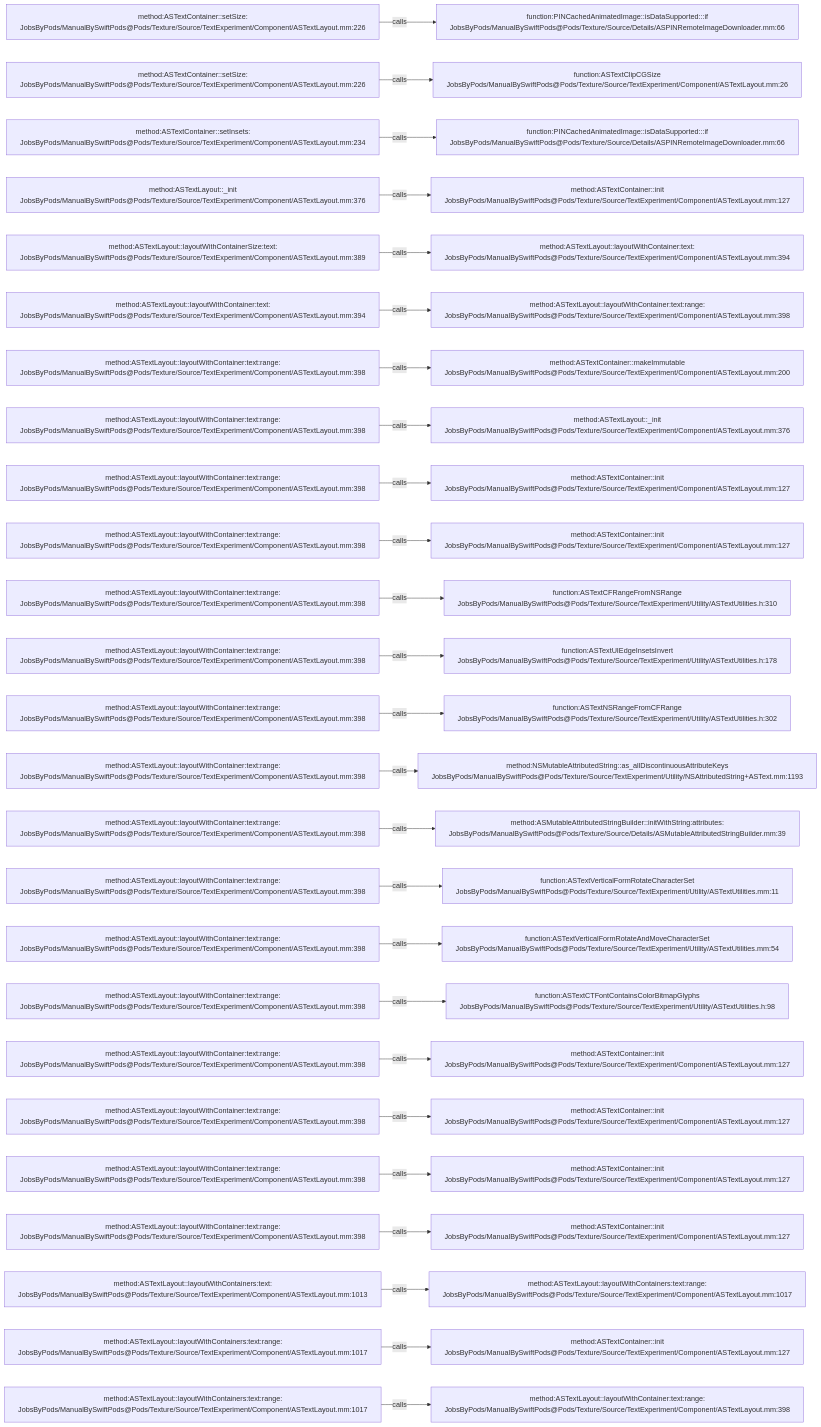
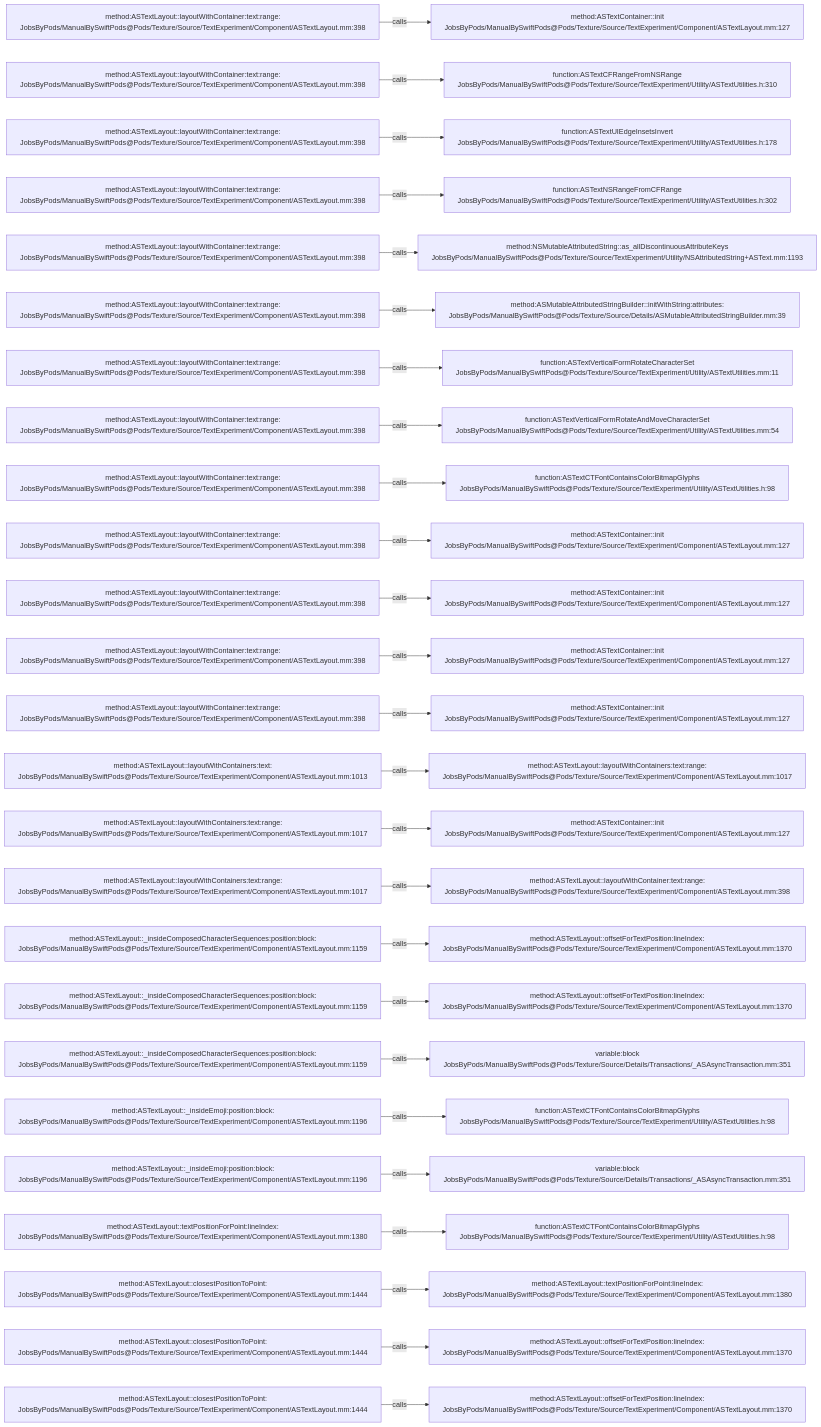
The diagram in .codegraph/codegraph.md/graphs/calls-132.md (JobsKits/JobsSwiftBaseConfigDemo), drawn with Mermaid before and after one commit. The commit also changed 707 other files, not shown here.

````diff
--- a/.codegraph/codegraph.md/graphs/calls-132.md
+++ b/.codegraph/codegraph.md/graphs/calls-132.md
@@ -13,78 +13,78 @@
 ```mermaid
 flowchart LR
-  S1["method:ASTextContainer::setSize:<br/>JobsByPods/ManualBySwiftPods@Pods/Texture/Source/TextExperiment/Component/ASTextLayout.mm:226"]
-  T1["function:PINCachedAnimatedImage::isDataSupported:::if<br/>JobsByPods/ManualBySwiftPods@Pods/Texture/Source/Details/ASPINRemoteImageDownloader.mm:66"]
+  S1["method:ASTextLayout::layoutWithContainer:text:range:<br/>JobsByPods/ManualBySwiftPods@Pods/Texture/Source/TextExperiment/Component/ASTextLayout.mm:398"]
+  T1["method:ASTextContainer::init<br/>JobsByPods/ManualBySwiftPods@Pods/Texture/Source/TextExperiment/Component/ASTextLayout.mm:127"]
   S1 -->|calls| T1
-  S2["method:ASTextContainer::setSize:<br/>JobsByPods/ManualBySwiftPods@Pods/Texture/Source/TextExperiment/Component/ASTextLayout.mm:226"]
-  T2["function:ASTextClipCGSize<br/>JobsByPods/ManualBySwiftPods@Pods/Texture/Source/TextExperiment/Component/ASTextLayout.mm:26"]
+  S2["method:ASTextLayout::layoutWithContainer:text:range:<br/>JobsByPods/ManualBySwiftPods@Pods/Texture/Source/TextExperiment/Component/ASTextLayout.mm:398"]
+  T2["function:ASTextCFRangeFromNSRange<br/>JobsByPods/ManualBySwiftPods@Pods/Texture/Source/TextExperiment/Utility/ASTextUtilities.h:310"]
   S2 -->|calls| T2
-  S3["method:ASTextContainer::setInsets:<br/>JobsByPods/ManualBySwiftPods@Pods/Texture/Source/TextExperiment/Component/ASTextLayout.mm:234"]
-  T3["function:PINCachedAnimatedImage::isDataSupported:::if<br/>JobsByPods/ManualBySwiftPods@Pods/Texture/Source/Details/ASPINRemoteImageDownloader.mm:66"]
+  S3["method:ASTextLayout::layoutWithContainer:text:range:<br/>JobsByPods/ManualBySwiftPods@Pods/Texture/Source/TextExperiment/Component/ASTextLayout.mm:398"]
+  T3["function:ASTextUIEdgeInsetsInvert<br/>JobsByPods/ManualBySwiftPods@Pods/Texture/Source/TextExperiment/Utility/ASTextUtilities.h:178"]
   S3 -->|calls| T3
-  S4["method:ASTextLayout::_init<br/>JobsByPods/ManualBySwiftPods@Pods/Texture/Source/TextExperiment/Component/ASTextLayout.mm:376"]
-  T4["method:ASTextContainer::init<br/>JobsByPods/ManualBySwiftPods@Pods/Texture/Source/TextExperiment/Component/ASTextLayout.mm:127"]
+  S4["method:ASTextLayout::layoutWithContainer:text:range:<br/>JobsByPods/ManualBySwiftPods@Pods/Texture/Source/TextExperiment/Component/ASTextLayout.mm:398"]
+  T4["function:ASTextNSRangeFromCFRange<br/>JobsByPods/ManualBySwiftPods@Pods/Texture/Source/TextExperiment/Utility/ASTextUtilities.h:302"]
   S4 -->|calls| T4
-  S5["method:ASTextLayout::layoutWithContainerSize:text:<br/>JobsByPods/ManualBySwiftPods@Pods/Texture/Source/TextExperiment/Component/ASTextLayout.mm:389"]
-  T5["method:ASTextLayout::layoutWithContainer:text:<br/>JobsByPods/ManualBySwiftPods@Pods/Texture/Source/TextExperiment/Component/ASTextLayout.mm:394"]
+  S5["method:ASTextLayout::layoutWithContainer:text:range:<br/>JobsByPods/ManualBySwiftPods@Pods/Texture/Source/TextExperiment/Component/ASTextLayout.mm:398"]
+  T5["method:NSMutableAttributedString::as_allDiscontinuousAttributeKeys<br/>JobsByPods/ManualBySwiftPods@Pods/Texture/Source/TextExperiment/Utility/NSAttributedString+ASText.mm:1193"]
   S5 -->|calls| T5
-  S6["method:ASTextLayout::layoutWithContainer:text:<br/>JobsByPods/ManualBySwiftPods@Pods/Texture/Source/TextExperiment/Component/ASTextLayout.mm:394"]
-  T6["method:ASTextLayout::layoutWithContainer:text:range:<br/>JobsByPods/ManualBySwiftPods@Pods/Texture/Source/TextExperiment/Component/ASTextLayout.mm:398"]
+  S6["method:ASTextLayout::layoutWithContainer:text:range:<br/>JobsByPods/ManualBySwiftPods@Pods/Texture/Source/TextExperiment/Component/ASTextLayout.mm:398"]
+  T6["method:ASMutableAttributedStringBuilder::initWithString:attributes:<br/>JobsByPods/ManualBySwiftPods@Pods/Texture/Source/Details/ASMutableAttributedStringBuilder.mm:39"]
   S6 -->|calls| T6
   S7["method:ASTextLayout::layoutWithContainer:text:range:<br/>JobsByPods/ManualBySwiftPods@Pods/Texture/Source/TextExperiment/Component/ASTextLayout.mm:398"]
-  T7["method:ASTextContainer::makeImmutable<br/>JobsByPods/ManualBySwiftPods@Pods/Texture/Source/TextExperiment/Component/ASTextLayout.mm:200"]
+  T7["function:ASTextVerticalFormRotateCharacterSet<br/>JobsByPods/ManualBySwiftPods@Pods/Texture/Source/TextExperiment/Utility/ASTextUtilities.mm:11"]
   S7 -->|calls| T7
   S8["method:ASTextLayout::layoutWithContainer:text:range:<br/>JobsByPods/ManualBySwiftPods@Pods/Texture/Source/TextExperiment/Component/ASTextLayout.mm:398"]
-  T8["method:ASTextLayout::_init<br/>JobsByPods/ManualBySwiftPods@Pods/Texture/Source/TextExperiment/Component/ASTextLayout.mm:376"]
+  T8["function:ASTextVerticalFormRotateAndMoveCharacterSet<br/>JobsByPods/ManualBySwiftPods@Pods/Texture/Source/TextExperiment/Utility/ASTextUtilities.mm:54"]
   S8 -->|calls| T8
   S9["method:ASTextLayout::layoutWithContainer:text:range:<br/>JobsByPods/ManualBySwiftPods@Pods/Texture/Source/TextExperiment/Component/ASTextLayout.mm:398"]
-  T9["method:ASTextContainer::init<br/>JobsByPods/ManualBySwiftPods@Pods/Texture/Source/TextExperiment/Component/ASTextLayout.mm:127"]
+  T9["function:ASTextCTFontContainsColorBitmapGlyphs<br/>JobsByPods/ManualBySwiftPods@Pods/Texture/Source/TextExperiment/Utility/ASTextUtilities.h:98"]
   S9 -->|calls| T9
   S10["method:ASTextLayout::layoutWithContainer:text:range:<br/>JobsByPods/ManualBySwiftPods@Pods/Texture/Source/TextExperiment/Component/ASTextLayout.mm:398"]
   T10["method:ASTextContainer::init<br/>JobsByPods/ManualBySwiftPods@Pods/Texture/Source/TextExperiment/Component/ASTextLayout.mm:127"]
   S10 -->|calls| T10
   S11["method:ASTextLayout::layoutWithContainer:text:range:<br/>JobsByPods/ManualBySwiftPods@Pods/Texture/Source/TextExperiment/Component/ASTextLayout.mm:398"]
-  T11["function:ASTextCFRangeFromNSRange<br/>JobsByPods/ManualBySwiftPods@Pods/Texture/Source/TextExperiment/Utility/ASTextUtilities.h:310"]
+  T11["method:ASTextContainer::init<br/>JobsByPods/ManualBySwiftPods@Pods/Texture/Source/TextExperiment/Component/ASTextLayout.mm:127"]
   S11 -->|calls| T11
   S12["method:ASTextLayout::layoutWithContainer:text:range:<br/>JobsByPods/ManualBySwiftPods@Pods/Texture/Source/TextExperiment/Component/ASTextLayout.mm:398"]
-  T12["function:ASTextUIEdgeInsetsInvert<br/>JobsByPods/ManualBySwiftPods@Pods/Texture/Source/TextExperiment/Utility/ASTextUtilities.h:178"]
+  T12["method:ASTextContainer::init<br/>JobsByPods/ManualBySwiftPods@Pods/Texture/Source/TextExperiment/Component/ASTextLayout.mm:127"]
   S12 -->|calls| T12
   S13["method:ASTextLayout::layoutWithContainer:text:range:<br/>JobsByPods/ManualBySwiftPods@Pods/Texture/Source/TextExperiment/Component/ASTextLayout.mm:398"]
-  T13["function:ASTextNSRangeFromCFRange<br/>JobsByPods/ManualBySwiftPods@Pods/Texture/Source/TextExperiment/Utility/ASTextUtilities.h:302"]
+  T13["method:ASTextContainer::init<br/>JobsByPods/ManualBySwiftPods@Pods/Texture/Source/TextExperiment/Component/ASTextLayout.mm:127"]
   S13 -->|calls| T13
-  S14["method:ASTextLayout::layoutWithContainer:text:range:<br/>JobsByPods/ManualBySwiftPods@Pods/Texture/Source/TextExperiment/Component/ASTextLayout.mm:398"]
-  T14["method:NSMutableAttributedString::as_allDiscontinuousAttributeKeys<br/>JobsByPods/ManualBySwiftPods@Pods/Texture/Source/TextExperiment/Utility/NSAttributedString+ASText.mm:1193"]
+  S14["method:ASTextLayout::layoutWithContainers:text:<br/>JobsByPods/ManualBySwiftPods@Pods/Texture/Source/TextExperiment/Component/ASTextLayout.mm:1013"]
+  T14["method:ASTextLayout::layoutWithContainers:text:range:<br/>JobsByPods/ManualBySwiftPods@Pods/Texture/Source/TextExperiment/Component/ASTextLayout.mm:1017"]
   S14 -->|calls| T14
-  S15["method:ASTextLayout::layoutWithContainer:text:range:<br/>JobsByPods/ManualBySwiftPods@Pods/Texture/Source/TextExperiment/Component/ASTextLayout.mm:398"]
-  T15["method:ASMutableAttributedStringBuilder::initWithString:attributes:<br/>JobsByPods/ManualBySwiftPods@Pods/Texture/Source/Details/ASMutableAttributedStringBuilder.mm:39"]
+  S15["method:ASTextLayout::layoutWithContainers:text:range:<br/>JobsByPods/ManualBySwiftPods@Pods/Texture/Source/TextExperiment/Component/ASTextLayout.mm:1017"]
+  T15["method:ASTextContainer::init<br/>JobsByPods/ManualBySwiftPods@Pods/Texture/Source/TextExperiment/Component/ASTextLayout.mm:127"]
   S15 -->|calls| T15
-  S16["method:ASTextLayout::layoutWithContainer:text:range:<br/>JobsByPods/ManualBySwiftPods@Pods/Texture/Source/TextExperiment/Component/ASTextLayout.mm:398"]
-  T16["function:ASTextVerticalFormRotateCharacterSet<br/>JobsByPods/ManualBySwiftPods@Pods/Texture/Source/TextExperiment/Utility/ASTextUtilities.mm:11"]
+  S16["method:ASTextLayout::layoutWithContainers:text:range:<br/>JobsByPods/ManualBySwiftPods@Pods/Texture/Source/TextExperiment/Component/ASTextLayout.mm:1017"]
+  T16["method:ASTextLayout::layoutWithContainer:text:range:<br/>JobsByPods/ManualBySwiftPods@Pods/Texture/Source/TextExperiment/Component/ASTextLayout.mm:398"]
   S16 -->|calls| T16
-  S17["method:ASTextLayout::layoutWithContainer:text:range:<br/>JobsByPods/ManualBySwiftPods@Pods/Texture/Source/TextExperiment/Component/ASTextLayout.mm:398"]
-  T17["function:ASTextVerticalFormRotateAndMoveCharacterSet<br/>JobsByPods/ManualBySwiftPods@Pods/Texture/Source/TextExperiment/Utility/ASTextUtilities.mm:54"]
+  S17["method:ASTextLayout::_insideComposedCharacterSequences:position:block:<br/>JobsByPods/ManualBySwiftPods@Pods/Texture/Source/TextExperiment/Component/ASTextLayout.mm:1159"]
+  T17["method:ASTextLayout::offsetForTextPosition:lineIndex:<br/>JobsByPods/ManualBySwiftPods@Pods/Texture/Source/TextExperiment/Component/ASTextLayout.mm:1370"]
   S17 -->|calls| T17
-  S18["method:ASTextLayout::layoutWithContainer:text:range:<br/>JobsByPods/ManualBySwiftPods@Pods/Texture/Source/TextExperiment/Component/ASTextLayout.mm:398"]
-  T18["function:ASTextCTFontContainsColorBitmapGlyphs<br/>JobsByPods/ManualBySwiftPods@Pods/Texture/Source/TextExperiment/Utility/ASTextUtilities.h:98"]
+  S18["method:ASTextLayout::_insideComposedCharacterSequences:position:block:<br/>JobsByPods/ManualBySwiftPods@Pods/Texture/Source/TextExperiment/Component/ASTextLayout.mm:1159"]
+  T18["method:ASTextLayout::offsetForTextPosition:lineIndex:<br/>JobsByPods/ManualBySwiftPods@Pods/Texture/Source/TextExperiment/Component/ASTextLayout.mm:1370"]
   S18 -->|calls| T18
-  S19["method:ASTextLayout::layoutWithContainer:text:range:<br/>JobsByPods/ManualBySwiftPods@Pods/Texture/Source/TextExperiment/Component/ASTextLayout.mm:398"]
-  T19["method:ASTextContainer::init<br/>JobsByPods/ManualBySwiftPods@Pods/Texture/Source/TextExperiment/Component/ASTextLayout.mm:127"]
+  S19["method:ASTextLayout::_insideComposedCharacterSequences:position:block:<br/>JobsByPods/ManualBySwiftPods@Pods/Texture/Source/TextExperiment/Component/ASTextLayout.mm:1159"]
+  T19["variable:block<br/>JobsByPods/ManualBySwiftPods@Pods/Texture/Source/Details/Transactions/_ASAsyncTransaction.mm:351"]
   S19 -->|calls| T19
-  S20["method:ASTextLayout::layoutWithContainer:text:range:<br/>JobsByPods/ManualBySwiftPods@Pods/Texture/Source/TextExperiment/Component/ASTextLayout.mm:398"]
-  T20["method:ASTextContainer::init<br/>JobsByPods/ManualBySwiftPods@Pods/Texture/Source/TextExperiment/Component/ASTextLayout.mm:127"]
+  S20["method:ASTextLayout::_insideEmoji:position:block:<br/>JobsByPods/ManualBySwiftPods@Pods/Texture/Source/TextExperiment/Component/ASTextLayout.mm:1196"]
+  T20["function:ASTextCTFontContainsColorBitmapGlyphs<br/>JobsByPods/ManualBySwiftPods@Pods/Texture/Source/TextExperiment/Utility/ASTextUtilities.h:98"]
   S20 -->|calls| T20
-  S21["method:ASTextLayout::layoutWithContainer:text:range:<br/>JobsByPods/ManualBySwiftPods@Pods/Texture/Source/TextExperiment/Component/ASTextLayout.mm:398"]
-  T21["method:ASTextContainer::init<br/>JobsByPods/ManualBySwiftPods@Pods/Texture/Source/TextExperiment/Component/ASTextLayout.mm:127"]
+  S21["method:ASTextLayout::_insideEmoji:position:block:<br/>JobsByPods/ManualBySwiftPods@Pods/Texture/Source/TextExperiment/Component/ASTextLayout.mm:1196"]
+  T21["variable:block<br/>JobsByPods/ManualBySwiftPods@Pods/Texture/Source/Details/Transactions/_ASAsyncTransaction.mm:351"]
   S21 -->|calls| T21
-  S22["method:ASTextLayout::layoutWithContainer:text:range:<br/>JobsByPods/ManualBySwiftPods@Pods/Texture/Source/TextExperiment/Component/ASTextLayout.mm:398"]
-  T22["method:ASTextContainer::init<br/>JobsByPods/ManualBySwiftPods@Pods/Texture/Source/TextExperiment/Component/ASTextLayout.mm:127"]
+  S22["method:ASTextLayout::textPositionForPoint:lineIndex:<br/>JobsByPods/ManualBySwiftPods@Pods/Texture/Source/TextExperiment/Component/ASTextLayout.mm:1380"]
+  T22["function:ASTextCTFontContainsColorBitmapGlyphs<br/>JobsByPods/ManualBySwiftPods@Pods/Texture/Source/TextExperiment/Utility/ASTextUtilities.h:98"]
   S22 -->|calls| T22
-  S23["method:ASTextLayout::layoutWithContainers:text:<br/>JobsByPods/ManualBySwiftPods@Pods/Texture/Source/TextExperiment/Component/ASTextLayout.mm:1013"]
-  T23["method:ASTextLayout::layoutWithContainers:text:range:<br/>JobsByPods/ManualBySwiftPods@Pods/Texture/Source/TextExperiment/Component/ASTextLayout.mm:1017"]
+  S23["method:ASTextLayout::closestPositionToPoint:<br/>JobsByPods/ManualBySwiftPods@Pods/Texture/Source/TextExperiment/Component/ASTextLayout.mm:1444"]
+  T23["method:ASTextLayout::textPositionForPoint:lineIndex:<br/>JobsByPods/ManualBySwiftPods@Pods/Texture/Source/TextExperiment/Component/ASTextLayout.mm:1380"]
   S23 -->|calls| T23
-  S24["method:ASTextLayout::layoutWithContainers:text:range:<br/>JobsByPods/ManualBySwiftPods@Pods/Texture/Source/TextExperiment/Component/ASTextLayout.mm:1017"]
-  T24["method:ASTextContainer::init<br/>JobsByPods/ManualBySwiftPods@Pods/Texture/Source/TextExperiment/Component/ASTextLayout.mm:127"]
+  S24["method:ASTextLayout::closestPositionToPoint:<br/>JobsByPods/ManualBySwiftPods@Pods/Texture/Source/TextExperiment/Component/ASTextLayout.mm:1444"]
+  T24["method:ASTextLayout::offsetForTextPosition:lineIndex:<br/>JobsByPods/ManualBySwiftPods@Pods/Texture/Source/TextExperiment/Component/ASTextLayout.mm:1370"]
   S24 -->|calls| T24
-  S25["method:ASTextLayout::layoutWithContainers:text:range:<br/>JobsByPods/ManualBySwiftPods@Pods/Texture/Source/TextExperiment/Component/ASTextLayout.mm:1017"]
-  T25["method:ASTextLayout::layoutWithContainer:text:range:<br/>JobsByPods/ManualBySwiftPods@Pods/Texture/Source/TextExperiment/Component/ASTextLayout.mm:398"]
+  S25["method:ASTextLayout::closestPositionToPoint:<br/>JobsByPods/ManualBySwiftPods@Pods/Texture/Source/TextExperiment/Component/ASTextLayout.mm:1444"]
+  T25["method:ASTextLayout::offsetForTextPosition:lineIndex:<br/>JobsByPods/ManualBySwiftPods@Pods/Texture/Source/TextExperiment/Component/ASTextLayout.mm:1370"]
   S25 -->|calls| T25
 ```
````
